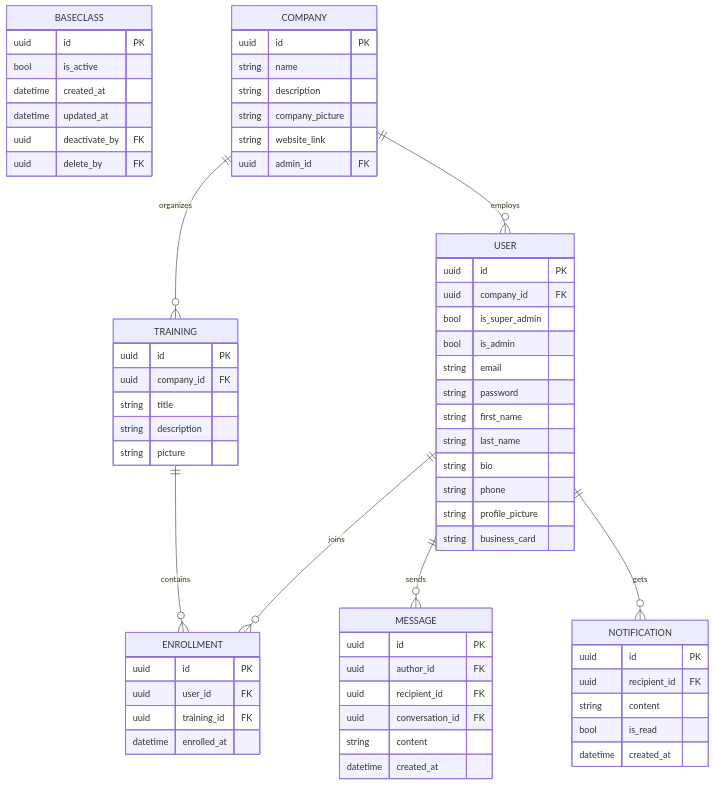
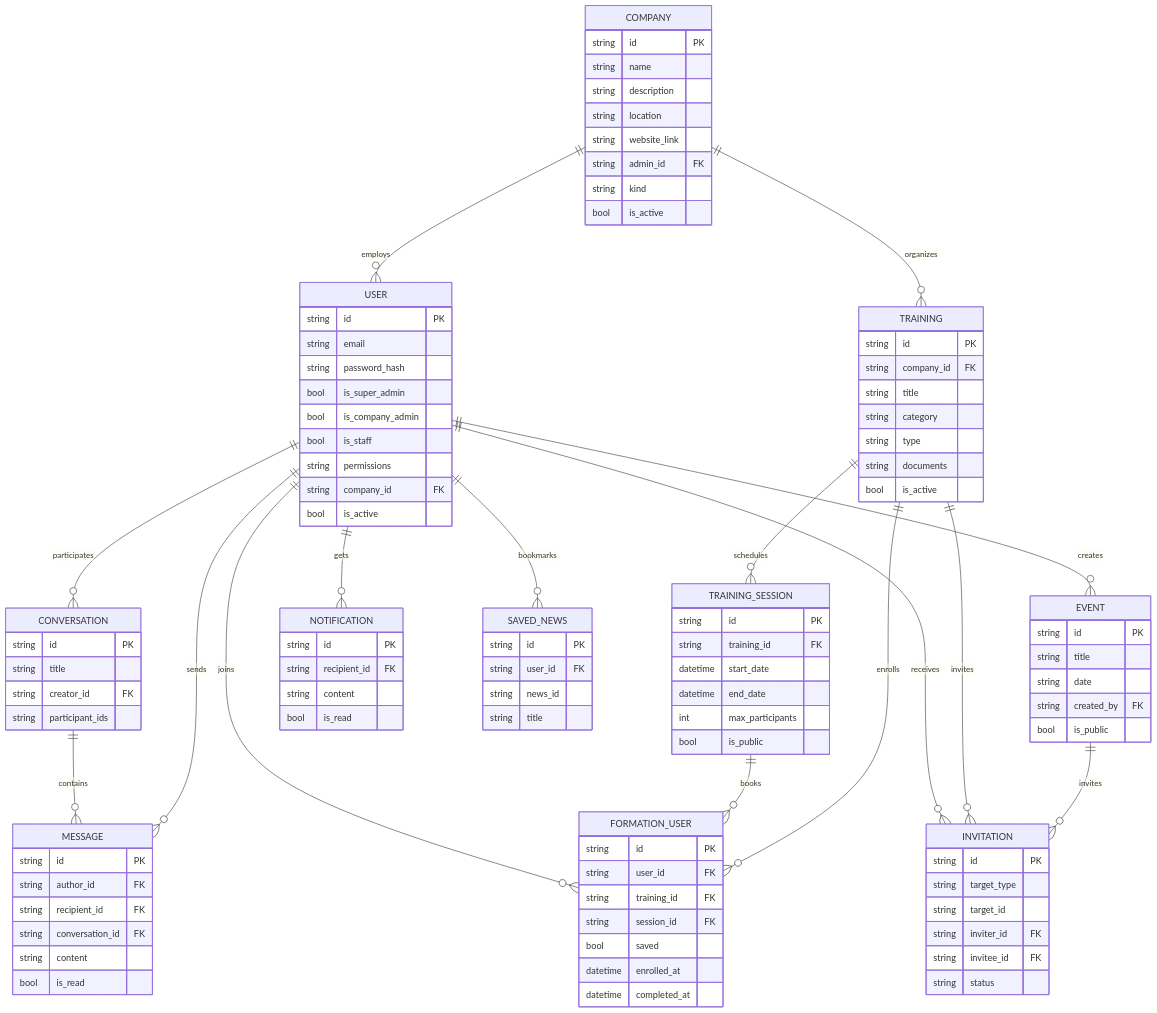
The second of 5 diagrams in docs/stage3final.md (tomvieilledent/portfolio-MDE_dashboard), drawn with Mermaid before and after one commit. The commit also changed other lines of this file and 1 other file, not shown here.

````diff
--- a/docs/stage3final.md
+++ b/docs/stage3final.md
@@ -95,79 +103,117 @@
 ```mermaid
 erDiagram
-	%% BaseClass centralise les champs communs à toutes les entités
-	BASECLASS {
-		uuid id PK
+	USER {
+		string id PK
+		string email
+		string password_hash
+		bool is_super_admin
+		bool is_company_admin
+		bool is_staff
+		string permissions
+		string company_id FK
 		bool is_active
-		datetime created_at
-		datetime updated_at
-		uuid deactivate_by FK
-		uuid delete_by FK
 	}
 
-	%% Entités principales avec clés étrangères explicites
 	COMPANY {
-		uuid id PK
+		string id PK
 		string name
 		string description
-		string company_picture
+		string location
 		string website_link
-		uuid admin_id FK
-	}
-
-	USER {
-		uuid id PK
-		uuid company_id FK
-		bool is_super_admin
-		bool is_admin
-		string email
-		string password
-		string first_name
-		string last_name
-		string bio
-		string phone
-		string profile_picture
-		string business_card
+		string admin_id FK
+		string kind
+		bool is_active
 	}
 
 	TRAINING {
-		uuid id PK
-		uuid company_id FK
+		string id PK
+		string company_id FK
 		string title
-		string description
-		string picture
+		string category
+		string type
+		string documents
+		bool is_active
 	}
 
-	ENROLLMENT {
-		uuid id PK
-		uuid user_id FK
-		uuid training_id FK
+	TRAINING_SESSION {
+		string id PK
+		string training_id FK
+		datetime start_date
+		datetime end_date
+		int max_participants
+		bool is_public
+	}
+
+	FORMATION_USER {
+		string id PK
+		string user_id FK
+		string training_id FK
+		string session_id FK
+		bool saved
 		datetime enrolled_at
+		datetime completed_at
+	}
+
+	CONVERSATION {
+		string id PK
+		string title
+		string creator_id FK
+		string participant_ids
 	}
 
 	MESSAGE {
-		uuid id PK
-		uuid author_id FK
-		uuid recipient_id FK
-		uuid conversation_id FK
+		string id PK
+		string author_id FK
+		string recipient_id FK
+		string conversation_id FK
 		string content
-		datetime created_at
+		bool is_read
+	}
+
+	EVENT {
+		string id PK
+		string title
+		string date
+		string created_by FK
+		bool is_public
+	}
+
+	INVITATION {
+		string id PK
+		string target_type
+		string target_id
+		string inviter_id FK
+		string invitee_id FK
+		string status
 	}
 
 	NOTIFICATION {
-		uuid id PK
-		uuid recipient_id FK
+		string id PK
+		string recipient_id FK
 		string content
 		bool is_read
-		datetime created_at
 	}
 
-	%% Relations (cardinalités)
+	SAVED_NEWS {
+		string id PK
+		string user_id FK
+		string news_id
+		string title
+	}
+
 	COMPANY ||--o{ USER : employs
 	COMPANY ||--o{ TRAINING : organizes
-	TRAINING ||--o{ ENROLLMENT : contains
-	USER ||--o{ ENROLLMENT : joins
+	TRAINING ||--o{ TRAINING_SESSION : schedules
+	TRAINING ||--o{ FORMATION_USER : enrolls
+	TRAINING_SESSION ||--o{ FORMATION_USER : books
+	USER ||--o{ FORMATION_USER : joins
 	USER ||--o{ MESSAGE : sends
+	CONVERSATION ||--o{ MESSAGE : contains
+	USER ||--o{ CONVERSATION : participates
+	USER ||--o{ EVENT : creates
+	EVENT ||--o{ INVITATION : invites
+	TRAINING ||--o{ INVITATION : invites
+	USER ||--o{ INVITATION : receives
 	USER ||--o{ NOTIFICATION : gets
-
-	%% Note: add a Conversation table if you need group chats / rooms
+	USER ||--o{ SAVED_NEWS : bookmarks
 ```
````
